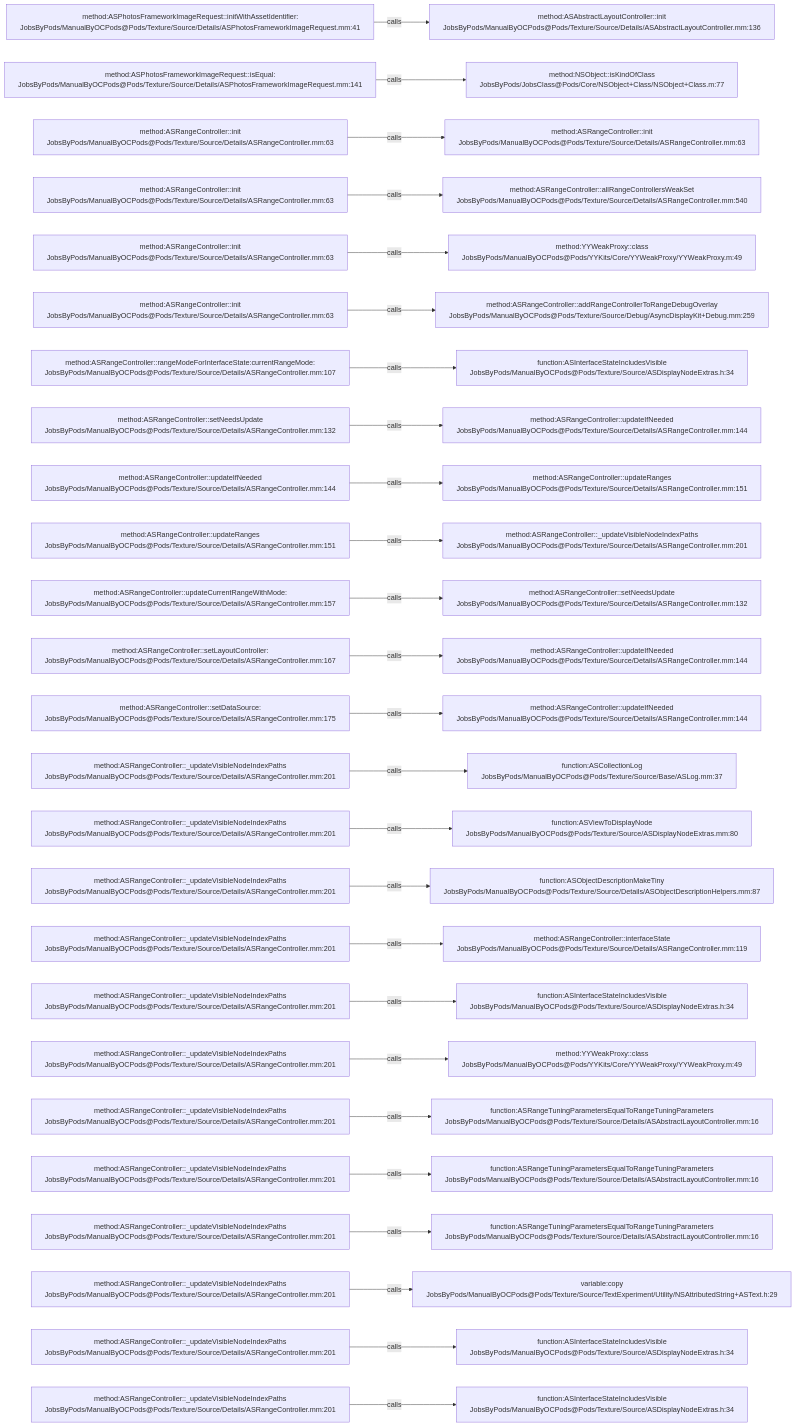
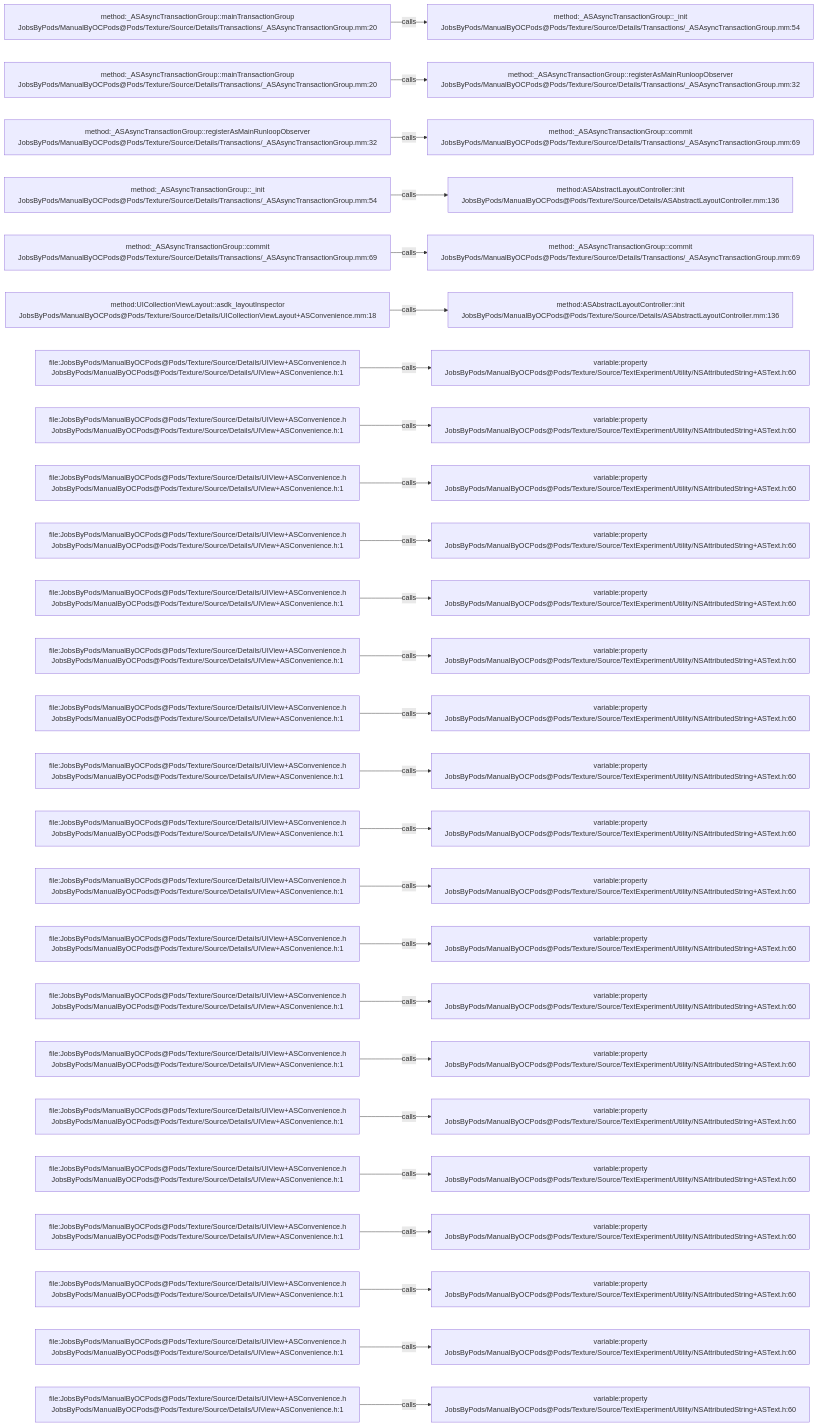
The diagram in .codegraph/codegraph.md/graphs/calls-171.md (JobsKits/JobsOCBaseConfigDemo), drawn with Mermaid before and after one commit. The commit also changed 1223 other files, not shown here.

````diff
--- a/.codegraph/codegraph.md/graphs/calls-171.md
+++ b/.codegraph/codegraph.md/graphs/calls-171.md
@@ -13,78 +13,78 @@
 ```mermaid
 flowchart LR
-  S1["method:ASPhotosFrameworkImageRequest::initWithAssetIdentifier:<br/>JobsByPods/ManualByOCPods@Pods/Texture/Source/Details/ASPhotosFrameworkImageRequest.mm:41"]
-  T1["method:ASAbstractLayoutController::init<br/>JobsByPods/ManualByOCPods@Pods/Texture/Source/Details/ASAbstractLayoutController.mm:136"]
+  S1["method:_ASAsyncTransactionGroup::mainTransactionGroup<br/>JobsByPods/ManualByOCPods@Pods/Texture/Source/Details/Transactions/_ASAsyncTransactionGroup.mm:20"]
+  T1["method:_ASAsyncTransactionGroup::_init<br/>JobsByPods/ManualByOCPods@Pods/Texture/Source/Details/Transactions/_ASAsyncTransactionGroup.mm:54"]
   S1 -->|calls| T1
-  S2["method:ASPhotosFrameworkImageRequest::isEqual:<br/>JobsByPods/ManualByOCPods@Pods/Texture/Source/Details/ASPhotosFrameworkImageRequest.mm:141"]
-  T2["method:NSObject::isKindOfClass<br/>JobsByPods/JobsClass@Pods/Core/NSObject+Class/NSObject+Class.m:77"]
+  S2["method:_ASAsyncTransactionGroup::mainTransactionGroup<br/>JobsByPods/ManualByOCPods@Pods/Texture/Source/Details/Transactions/_ASAsyncTransactionGroup.mm:20"]
+  T2["method:_ASAsyncTransactionGroup::registerAsMainRunloopObserver<br/>JobsByPods/ManualByOCPods@Pods/Texture/Source/Details/Transactions/_ASAsyncTransactionGroup.mm:32"]
   S2 -->|calls| T2
-  S3["method:ASRangeController::init<br/>JobsByPods/ManualByOCPods@Pods/Texture/Source/Details/ASRangeController.mm:63"]
-  T3["method:ASRangeController::init<br/>JobsByPods/ManualByOCPods@Pods/Texture/Source/Details/ASRangeController.mm:63"]
+  S3["method:_ASAsyncTransactionGroup::registerAsMainRunloopObserver<br/>JobsByPods/ManualByOCPods@Pods/Texture/Source/Details/Transactions/_ASAsyncTransactionGroup.mm:32"]
+  T3["method:_ASAsyncTransactionGroup::commit<br/>JobsByPods/ManualByOCPods@Pods/Texture/Source/Details/Transactions/_ASAsyncTransactionGroup.mm:69"]
   S3 -->|calls| T3
-  S4["method:ASRangeController::init<br/>JobsByPods/ManualByOCPods@Pods/Texture/Source/Details/ASRangeController.mm:63"]
-  T4["method:ASRangeController::allRangeControllersWeakSet<br/>JobsByPods/ManualByOCPods@Pods/Texture/Source/Details/ASRangeController.mm:540"]
+  S4["method:_ASAsyncTransactionGroup::_init<br/>JobsByPods/ManualByOCPods@Pods/Texture/Source/Details/Transactions/_ASAsyncTransactionGroup.mm:54"]
+  T4["method:ASAbstractLayoutController::init<br/>JobsByPods/ManualByOCPods@Pods/Texture/Source/Details/ASAbstractLayoutController.mm:136"]
   S4 -->|calls| T4
-  S5["method:ASRangeController::init<br/>JobsByPods/ManualByOCPods@Pods/Texture/Source/Details/ASRangeController.mm:63"]
-  T5["method:YYWeakProxy::class<br/>JobsByPods/ManualByOCPods@Pods/YYKits/Core/YYWeakProxy/YYWeakProxy.m:49"]
+  S5["method:_ASAsyncTransactionGroup::commit<br/>JobsByPods/ManualByOCPods@Pods/Texture/Source/Details/Transactions/_ASAsyncTransactionGroup.mm:69"]
+  T5["method:_ASAsyncTransactionGroup::commit<br/>JobsByPods/ManualByOCPods@Pods/Texture/Source/Details/Transactions/_ASAsyncTransactionGroup.mm:69"]
   S5 -->|calls| T5
-  S6["method:ASRangeController::init<br/>JobsByPods/ManualByOCPods@Pods/Texture/Source/Details/ASRangeController.mm:63"]
-  T6["method:ASRangeController::addRangeControllerToRangeDebugOverlay<br/>JobsByPods/ManualByOCPods@Pods/Texture/Source/Debug/AsyncDisplayKit+Debug.mm:259"]
+  S6["method:UICollectionViewLayout::asdk_layoutInspector<br/>JobsByPods/ManualByOCPods@Pods/Texture/Source/Details/UICollectionViewLayout+ASConvenience.mm:18"]
+  T6["method:ASAbstractLayoutController::init<br/>JobsByPods/ManualByOCPods@Pods/Texture/Source/Details/ASAbstractLayoutController.mm:136"]
   S6 -->|calls| T6
-  S7["method:ASRangeController::rangeModeForInterfaceState:currentRangeMode:<br/>JobsByPods/ManualByOCPods@Pods/Texture/Source/Details/ASRangeController.mm:107"]
-  T7["function:ASInterfaceStateIncludesVisible<br/>JobsByPods/ManualByOCPods@Pods/Texture/Source/ASDisplayNodeExtras.h:34"]
+  S7["file:JobsByPods/ManualByOCPods@Pods/Texture/Source/Details/UIView+ASConvenience.h<br/>JobsByPods/ManualByOCPods@Pods/Texture/Source/Details/UIView+ASConvenience.h:1"]
+  T7["variable:property<br/>JobsByPods/ManualByOCPods@Pods/Texture/Source/TextExperiment/Utility/NSAttributedString+ASText.h:60"]
   S7 -->|calls| T7
-  S8["method:ASRangeController::setNeedsUpdate<br/>JobsByPods/ManualByOCPods@Pods/Texture/Source/Details/ASRangeController.mm:132"]
-  T8["method:ASRangeController::updateIfNeeded<br/>JobsByPods/ManualByOCPods@Pods/Texture/Source/Details/ASRangeController.mm:144"]
+  S8["file:JobsByPods/ManualByOCPods@Pods/Texture/Source/Details/UIView+ASConvenience.h<br/>JobsByPods/ManualByOCPods@Pods/Texture/Source/Details/UIView+ASConvenience.h:1"]
+  T8["variable:property<br/>JobsByPods/ManualByOCPods@Pods/Texture/Source/TextExperiment/Utility/NSAttributedString+ASText.h:60"]
   S8 -->|calls| T8
-  S9["method:ASRangeController::updateIfNeeded<br/>JobsByPods/ManualByOCPods@Pods/Texture/Source/Details/ASRangeController.mm:144"]
-  T9["method:ASRangeController::updateRanges<br/>JobsByPods/ManualByOCPods@Pods/Texture/Source/Details/ASRangeController.mm:151"]
+  S9["file:JobsByPods/ManualByOCPods@Pods/Texture/Source/Details/UIView+ASConvenience.h<br/>JobsByPods/ManualByOCPods@Pods/Texture/Source/Details/UIView+ASConvenience.h:1"]
+  T9["variable:property<br/>JobsByPods/ManualByOCPods@Pods/Texture/Source/TextExperiment/Utility/NSAttributedString+ASText.h:60"]
   S9 -->|calls| T9
-  S10["method:ASRangeController::updateRanges<br/>JobsByPods/ManualByOCPods@Pods/Texture/Source/Details/ASRangeController.mm:151"]
-  T10["method:ASRangeController::_updateVisibleNodeIndexPaths<br/>JobsByPods/ManualByOCPods@Pods/Texture/Source/Details/ASRangeController.mm:201"]
+  S10["file:JobsByPods/ManualByOCPods@Pods/Texture/Source/Details/UIView+ASConvenience.h<br/>JobsByPods/ManualByOCPods@Pods/Texture/Source/Details/UIView+ASConvenience.h:1"]
+  T10["variable:property<br/>JobsByPods/ManualByOCPods@Pods/Texture/Source/TextExperiment/Utility/NSAttributedString+ASText.h:60"]
   S10 -->|calls| T10
-  S11["method:ASRangeController::updateCurrentRangeWithMode:<br/>JobsByPods/ManualByOCPods@Pods/Texture/Source/Details/ASRangeController.mm:157"]
-  T11["method:ASRangeController::setNeedsUpdate<br/>JobsByPods/ManualByOCPods@Pods/Texture/Source/Details/ASRangeController.mm:132"]
+  S11["file:JobsByPods/ManualByOCPods@Pods/Texture/Source/Details/UIView+ASConvenience.h<br/>JobsByPods/ManualByOCPods@Pods/Texture/Source/Details/UIView+ASConvenience.h:1"]
+  T11["variable:property<br/>JobsByPods/ManualByOCPods@Pods/Texture/Source/TextExperiment/Utility/NSAttributedString+ASText.h:60"]
   S11 -->|calls| T11
-  S12["method:ASRangeController::setLayoutController:<br/>JobsByPods/ManualByOCPods@Pods/Texture/Source/Details/ASRangeController.mm:167"]
-  T12["method:ASRangeController::updateIfNeeded<br/>JobsByPods/ManualByOCPods@Pods/Texture/Source/Details/ASRangeController.mm:144"]
+  S12["file:JobsByPods/ManualByOCPods@Pods/Texture/Source/Details/UIView+ASConvenience.h<br/>JobsByPods/ManualByOCPods@Pods/Texture/Source/Details/UIView+ASConvenience.h:1"]
+  T12["variable:property<br/>JobsByPods/ManualByOCPods@Pods/Texture/Source/TextExperiment/Utility/NSAttributedString+ASText.h:60"]
   S12 -->|calls| T12
-  S13["method:ASRangeController::setDataSource:<br/>JobsByPods/ManualByOCPods@Pods/Texture/Source/Details/ASRangeController.mm:175"]
-  T13["method:ASRangeController::updateIfNeeded<br/>JobsByPods/ManualByOCPods@Pods/Texture/Source/Details/ASRangeController.mm:144"]
+  S13["file:JobsByPods/ManualByOCPods@Pods/Texture/Source/Details/UIView+ASConvenience.h<br/>JobsByPods/ManualByOCPods@Pods/Texture/Source/Details/UIView+ASConvenience.h:1"]
+  T13["variable:property<br/>JobsByPods/ManualByOCPods@Pods/Texture/Source/TextExperiment/Utility/NSAttributedString+ASText.h:60"]
   S13 -->|calls| T13
-  S14["method:ASRangeController::_updateVisibleNodeIndexPaths<br/>JobsByPods/ManualByOCPods@Pods/Texture/Source/Details/ASRangeController.mm:201"]
-  T14["function:ASCollectionLog<br/>JobsByPods/ManualByOCPods@Pods/Texture/Source/Base/ASLog.mm:37"]
+  S14["file:JobsByPods/ManualByOCPods@Pods/Texture/Source/Details/UIView+ASConvenience.h<br/>JobsByPods/ManualByOCPods@Pods/Texture/Source/Details/UIView+ASConvenience.h:1"]
+  T14["variable:property<br/>JobsByPods/ManualByOCPods@Pods/Texture/Source/TextExperiment/Utility/NSAttributedString+ASText.h:60"]
   S14 -->|calls| T14
-  S15["method:ASRangeController::_updateVisibleNodeIndexPaths<br/>JobsByPods/ManualByOCPods@Pods/Texture/Source/Details/ASRangeController.mm:201"]
-  T15["function:ASViewToDisplayNode<br/>JobsByPods/ManualByOCPods@Pods/Texture/Source/ASDisplayNodeExtras.mm:80"]
+  S15["file:JobsByPods/ManualByOCPods@Pods/Texture/Source/Details/UIView+ASConvenience.h<br/>JobsByPods/ManualByOCPods@Pods/Texture/Source/Details/UIView+ASConvenience.h:1"]
+  T15["variable:property<br/>JobsByPods/ManualByOCPods@Pods/Texture/Source/TextExperiment/Utility/NSAttributedString+ASText.h:60"]
   S15 -->|calls| T15
-  S16["method:ASRangeController::_updateVisibleNodeIndexPaths<br/>JobsByPods/ManualByOCPods@Pods/Texture/Source/Details/ASRangeController.mm:201"]
-  T16["function:ASObjectDescriptionMakeTiny<br/>JobsByPods/ManualByOCPods@Pods/Texture/Source/Details/ASObjectDescriptionHelpers.mm:87"]
+  S16["file:JobsByPods/ManualByOCPods@Pods/Texture/Source/Details/UIView+ASConvenience.h<br/>JobsByPods/ManualByOCPods@Pods/Texture/Source/Details/UIView+ASConvenience.h:1"]
+  T16["variable:property<br/>JobsByPods/ManualByOCPods@Pods/Texture/Source/TextExperiment/Utility/NSAttributedString+ASText.h:60"]
   S16 -->|calls| T16
-  S17["method:ASRangeController::_updateVisibleNodeIndexPaths<br/>JobsByPods/ManualByOCPods@Pods/Texture/Source/Details/ASRangeController.mm:201"]
-  T17["method:ASRangeController::interfaceState<br/>JobsByPods/ManualByOCPods@Pods/Texture/Source/Details/ASRangeController.mm:119"]
+  S17["file:JobsByPods/ManualByOCPods@Pods/Texture/Source/Details/UIView+ASConvenience.h<br/>JobsByPods/ManualByOCPods@Pods/Texture/Source/Details/UIView+ASConvenience.h:1"]
+  T17["variable:property<br/>JobsByPods/ManualByOCPods@Pods/Texture/Source/TextExperiment/Utility/NSAttributedString+ASText.h:60"]
   S17 -->|calls| T17
-  S18["method:ASRangeController::_updateVisibleNodeIndexPaths<br/>JobsByPods/ManualByOCPods@Pods/Texture/Source/Details/ASRangeController.mm:201"]
-  T18["function:ASInterfaceStateIncludesVisible<br/>JobsByPods/ManualByOCPods@Pods/Texture/Source/ASDisplayNodeExtras.h:34"]
+  S18["file:JobsByPods/ManualByOCPods@Pods/Texture/Source/Details/UIView+ASConvenience.h<br/>JobsByPods/ManualByOCPods@Pods/Texture/Source/Details/UIView+ASConvenience.h:1"]
+  T18["variable:property<br/>JobsByPods/ManualByOCPods@Pods/Texture/Source/TextExperiment/Utility/NSAttributedString+ASText.h:60"]
   S18 -->|calls| T18
-  S19["method:ASRangeController::_updateVisibleNodeIndexPaths<br/>JobsByPods/ManualByOCPods@Pods/Texture/Source/Details/ASRangeController.mm:201"]
-  T19["method:YYWeakProxy::class<br/>JobsByPods/ManualByOCPods@Pods/YYKits/Core/YYWeakProxy/YYWeakProxy.m:49"]
+  S19["file:JobsByPods/ManualByOCPods@Pods/Texture/Source/Details/UIView+ASConvenience.h<br/>JobsByPods/ManualByOCPods@Pods/Texture/Source/Details/UIView+ASConvenience.h:1"]
+  T19["variable:property<br/>JobsByPods/ManualByOCPods@Pods/Texture/Source/TextExperiment/Utility/NSAttributedString+ASText.h:60"]
   S19 -->|calls| T19
-  S20["method:ASRangeController::_updateVisibleNodeIndexPaths<br/>JobsByPods/ManualByOCPods@Pods/Texture/Source/Details/ASRangeController.mm:201"]
-  T20["function:ASRangeTuningParametersEqualToRangeTuningParameters<br/>JobsByPods/ManualByOCPods@Pods/Texture/Source/Details/ASAbstractLayoutController.mm:16"]
+  S20["file:JobsByPods/ManualByOCPods@Pods/Texture/Source/Details/UIView+ASConvenience.h<br/>JobsByPods/ManualByOCPods@Pods/Texture/Source/Details/UIView+ASConvenience.h:1"]
+  T20["variable:property<br/>JobsByPods/ManualByOCPods@Pods/Texture/Source/TextExperiment/Utility/NSAttributedString+ASText.h:60"]
   S20 -->|calls| T20
-  S21["method:ASRangeController::_updateVisibleNodeIndexPaths<br/>JobsByPods/ManualByOCPods@Pods/Texture/Source/Details/ASRangeController.mm:201"]
-  T21["function:ASRangeTuningParametersEqualToRangeTuningParameters<br/>JobsByPods/ManualByOCPods@Pods/Texture/Source/Details/ASAbstractLayoutController.mm:16"]
+  S21["file:JobsByPods/ManualByOCPods@Pods/Texture/Source/Details/UIView+ASConvenience.h<br/>JobsByPods/ManualByOCPods@Pods/Texture/Source/Details/UIView+ASConvenience.h:1"]
+  T21["variable:property<br/>JobsByPods/ManualByOCPods@Pods/Texture/Source/TextExperiment/Utility/NSAttributedString+ASText.h:60"]
   S21 -->|calls| T21
-  S22["method:ASRangeController::_updateVisibleNodeIndexPaths<br/>JobsByPods/ManualByOCPods@Pods/Texture/Source/Details/ASRangeController.mm:201"]
-  T22["function:ASRangeTuningParametersEqualToRangeTuningParameters<br/>JobsByPods/ManualByOCPods@Pods/Texture/Source/Details/ASAbstractLayoutController.mm:16"]
+  S22["file:JobsByPods/ManualByOCPods@Pods/Texture/Source/Details/UIView+ASConvenience.h<br/>JobsByPods/ManualByOCPods@Pods/Texture/Source/Details/UIView+ASConvenience.h:1"]
+  T22["variable:property<br/>JobsByPods/ManualByOCPods@Pods/Texture/Source/TextExperiment/Utility/NSAttributedString+ASText.h:60"]
   S22 -->|calls| T22
-  S23["method:ASRangeController::_updateVisibleNodeIndexPaths<br/>JobsByPods/ManualByOCPods@Pods/Texture/Source/Details/ASRangeController.mm:201"]
-  T23["variable:copy<br/>JobsByPods/ManualByOCPods@Pods/Texture/Source/TextExperiment/Utility/NSAttributedString+ASText.h:29"]
+  S23["file:JobsByPods/ManualByOCPods@Pods/Texture/Source/Details/UIView+ASConvenience.h<br/>JobsByPods/ManualByOCPods@Pods/Texture/Source/Details/UIView+ASConvenience.h:1"]
+  T23["variable:property<br/>JobsByPods/ManualByOCPods@Pods/Texture/Source/TextExperiment/Utility/NSAttributedString+ASText.h:60"]
   S23 -->|calls| T23
-  S24["method:ASRangeController::_updateVisibleNodeIndexPaths<br/>JobsByPods/ManualByOCPods@Pods/Texture/Source/Details/ASRangeController.mm:201"]
-  T24["function:ASInterfaceStateIncludesVisible<br/>JobsByPods/ManualByOCPods@Pods/Texture/Source/ASDisplayNodeExtras.h:34"]
+  S24["file:JobsByPods/ManualByOCPods@Pods/Texture/Source/Details/UIView+ASConvenience.h<br/>JobsByPods/ManualByOCPods@Pods/Texture/Source/Details/UIView+ASConvenience.h:1"]
+  T24["variable:property<br/>JobsByPods/ManualByOCPods@Pods/Texture/Source/TextExperiment/Utility/NSAttributedString+ASText.h:60"]
   S24 -->|calls| T24
-  S25["method:ASRangeController::_updateVisibleNodeIndexPaths<br/>JobsByPods/ManualByOCPods@Pods/Texture/Source/Details/ASRangeController.mm:201"]
-  T25["function:ASInterfaceStateIncludesVisible<br/>JobsByPods/ManualByOCPods@Pods/Texture/Source/ASDisplayNodeExtras.h:34"]
+  S25["file:JobsByPods/ManualByOCPods@Pods/Texture/Source/Details/UIView+ASConvenience.h<br/>JobsByPods/ManualByOCPods@Pods/Texture/Source/Details/UIView+ASConvenience.h:1"]
+  T25["variable:property<br/>JobsByPods/ManualByOCPods@Pods/Texture/Source/TextExperiment/Utility/NSAttributedString+ASText.h:60"]
   S25 -->|calls| T25
 ```
````
